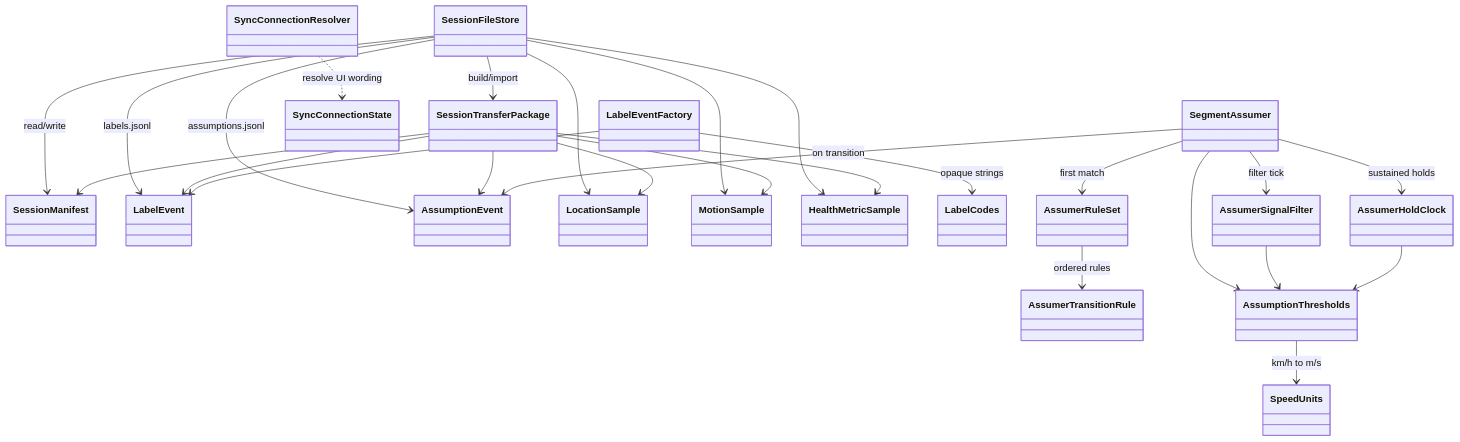
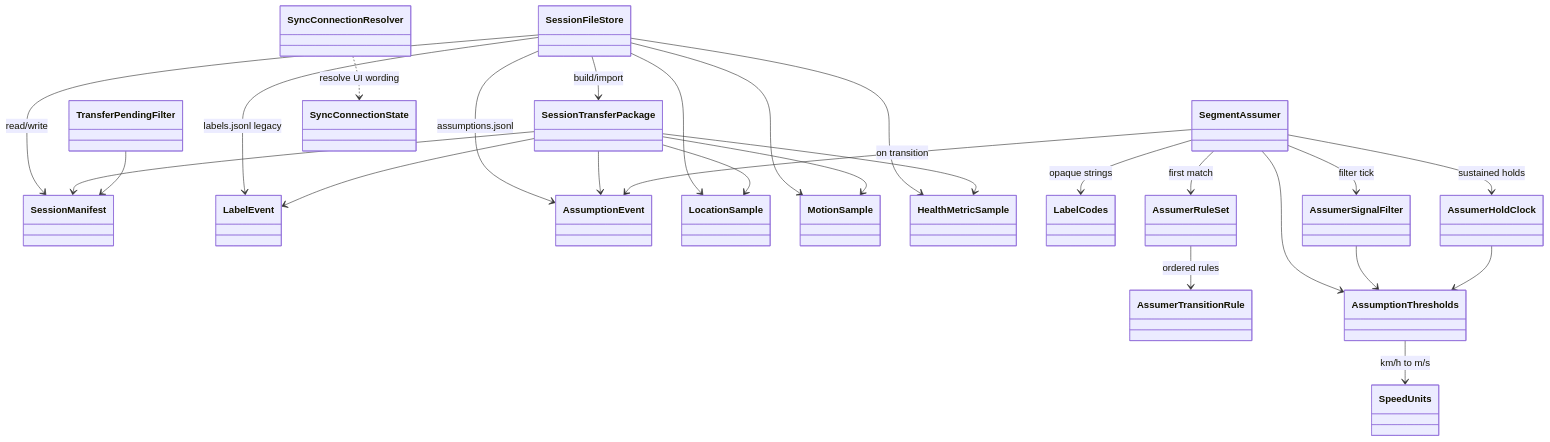
The first of 3 diagrams in RpplCore/DESIGN.md (DCSBL/rppl), drawn with Mermaid before and after one commit. The commit also changed other lines of this file and 21 other files, not shown here.

````diff
--- a/RpplCore/DESIGN.md
+++ b/RpplCore/DESIGN.md
@@ -9,53 +9,52 @@
 ```mermaid
 classDiagram
   direction TB
 
   class SessionManifest
   class LabelEvent
   class AssumptionEvent
   class LocationSample
   class MotionSample
   class HealthMetricSample
   class SessionTransferPackage
   class SessionFileStore
   class LabelCodes
-  class LabelEventFactory
+  class TransferPendingFilter
   class SyncConnectionResolver
   class SegmentAssumer
   class AssumerSignalFilter
   class AssumerHoldClock
   class AssumerRuleSet
   class AssumerTransitionRule
   class AssumptionThresholds
   class SpeedUnits
 
   SessionFileStore --> SessionManifest : read/write
-  SessionFileStore --> LabelEvent : labels.jsonl
+  SessionFileStore --> LabelEvent : labels.jsonl legacy
   SessionFileStore --> AssumptionEvent : assumptions.jsonl
   SessionFileStore --> LocationSample
   SessionFileStore --> MotionSample
   SessionFileStore --> HealthMetricSample
   SessionFileStore --> SessionTransferPackage : build/import
 
   SessionTransferPackage --> SessionManifest
   SessionTransferPackage --> LabelEvent
   SessionTransferPackage --> AssumptionEvent
   SessionTransferPackage --> LocationSample
   SessionTransferPackage --> MotionSample
   SessionTransferPackage --> HealthMetricSample
 
-  LabelEventFactory --> LabelEvent
-  LabelEventFactory --> LabelCodes : opaque strings
-
+  SegmentAssumer --> LabelCodes : opaque strings
   SegmentAssumer --> AssumerSignalFilter : filter tick
   SegmentAssumer --> AssumerHoldClock : sustained holds
   SegmentAssumer --> AssumerRuleSet : first match
   SegmentAssumer --> AssumptionEvent : on transition
   SegmentAssumer --> AssumptionThresholds
   AssumerRuleSet --> AssumerTransitionRule : ordered rules
   AssumerSignalFilter --> AssumptionThresholds
   AssumerHoldClock --> AssumptionThresholds
   AssumptionThresholds --> SpeedUnits : km/h to m/s
 
   SyncConnectionResolver ..> SyncConnectionState : resolve UI wording
+  TransferPendingFilter --> SessionManifest
 ```
````
